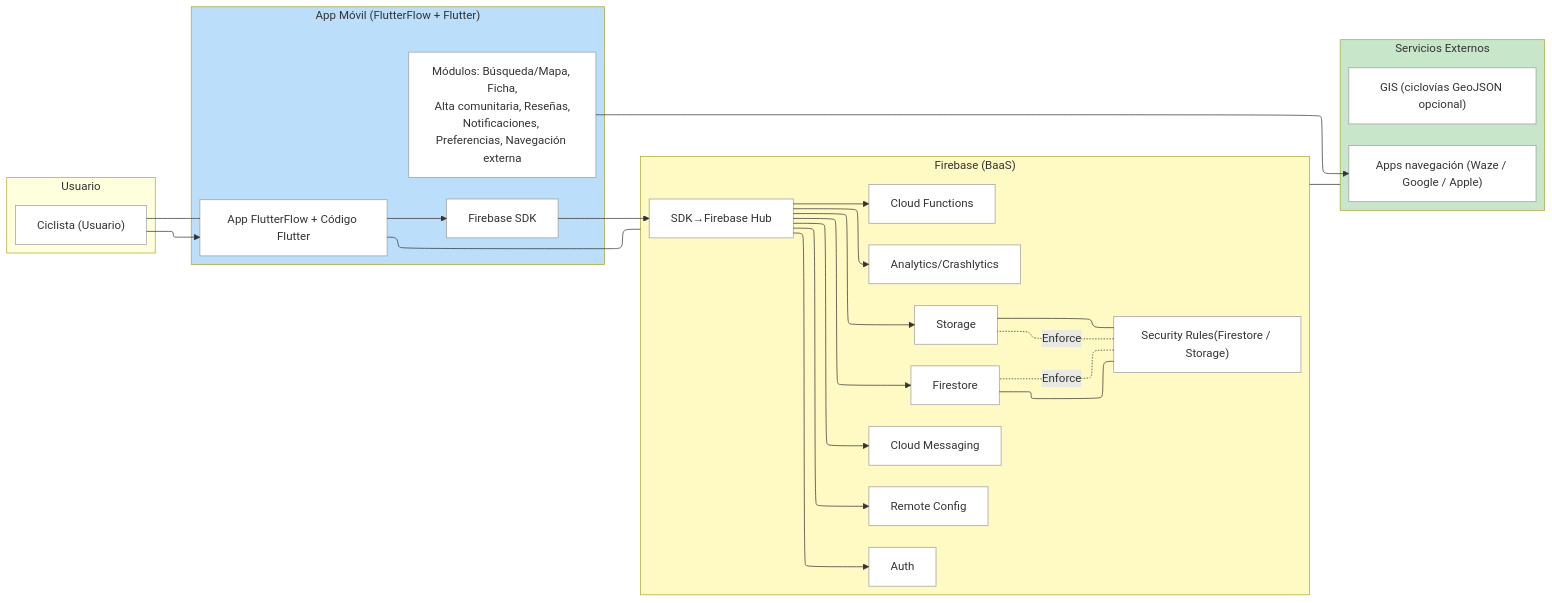
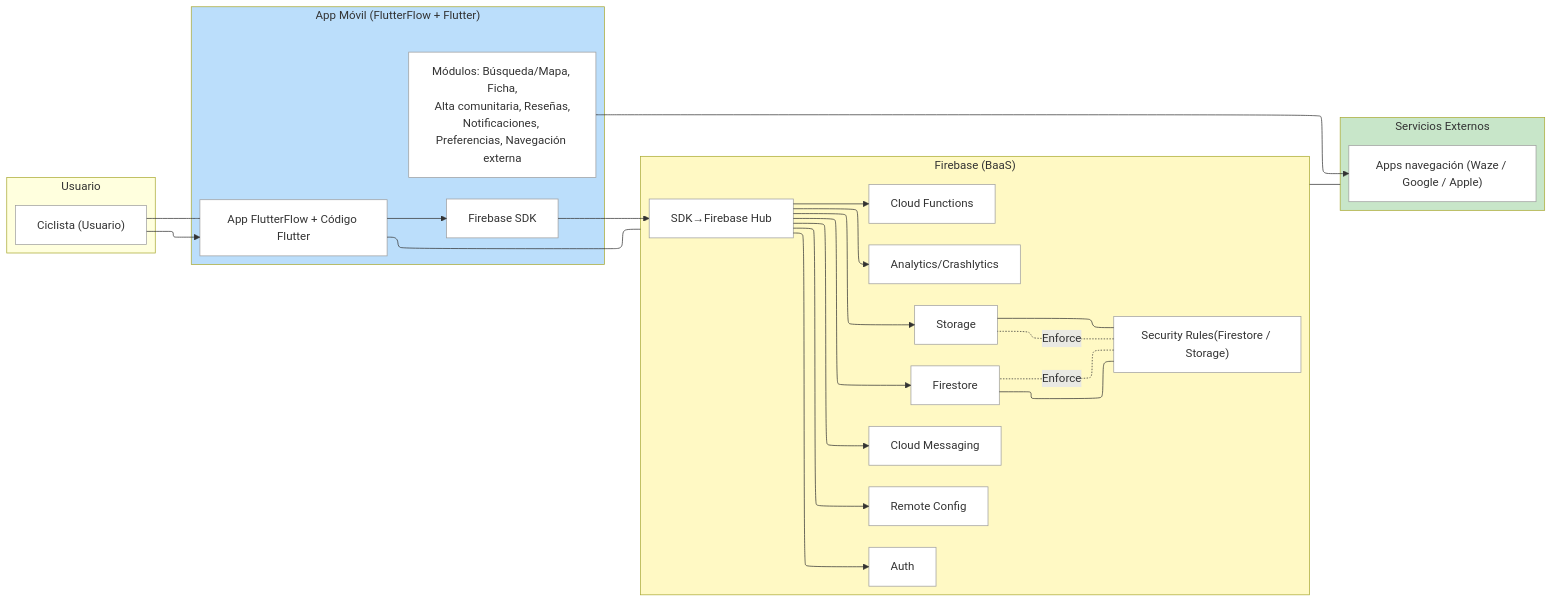
One commit to jfernandogt/BikeParking changed the diagram in diagrama_arquitectura.md. Above: the diagram before and after it, drawn with Mermaid.

Commit message:
feat: mejorar el layout

````diff
--- a/diagrama_arquitectura.md
+++ b/diagrama_arquitectura.md
@@ -3,64 +3,62 @@
 ```mermaid
 ---
 config:
   layout: elk
 ---
 flowchart LR
  subgraph Usuario["Usuario"]
         U["Ciclista (Usuario)"]
   end
  subgraph App_Movil["App Móvil (FlutterFlow + Flutter)"]
         APP["App FlutterFlow + Código Flutter"]
         SDK["Firebase SDK"]
         MODS@{ label: "<span style=\"padding-left:\">Módulos: Búsqueda/Mapa, Ficha,<br></span><span style=\"padding-left:\">Alta comunitaria, Reseñas,<br></span><span style=\"padding-left:\">Notificaciones, Preferencias, Navegación externa</span>" }
   end
  subgraph Firebase["Firebase (BaaS)"]
         HUB["SDK→Firebase Hub"]
         AUTH["Auth"]
         FS["Firestore"]
         ST["Storage"]
         CF["Cloud Functions"]
         FCM["Cloud Messaging"]
         AN["Analytics/Crashlytics"]
         RC["Remote Config"]
         SECR["Security Rules(Firestore / Storage)"]
   end
  subgraph Externos["Servicios Externos"]
         NAV["Apps navegación (Waze / Google / Apple)"]
-        GIS["GIS (ciclovías GeoJSON opcional)"]
   end
     U --> APP
     APP --> SDK
     SDK --> HUB
     HUB --> AUTH & FS & ST & CF & FCM & AN & RC
     SECR -. Enforce .- FS & ST
     MODS --> NAV
     U --- APP
     APP --- Firebase
     Firebase --- Externos
     FS --- SECR
     ST --- SECR
     MODS@{ shape: rect}
      U:::box
      APP:::box
      SDK:::box
      MODS:::box
      HUB:::box
      AUTH:::box
      FS:::box
      ST:::box
      CF:::box
      FCM:::box
      AN:::box
      RC:::box
      SECR:::box
      NAV:::box
-     GIS:::box
     classDef grp fill:#f7fbff,stroke:#7aa6d8
     classDef grp2 fill:#fff8e1,stroke:#f4c95d
     classDef box fill:#ffffff,stroke:#9e9e9e
     style Firebase fill:#FFF9C4
     style Externos fill:#C8E6C9
     style App_Movil fill:#BBDEFB
 
 ```
````
